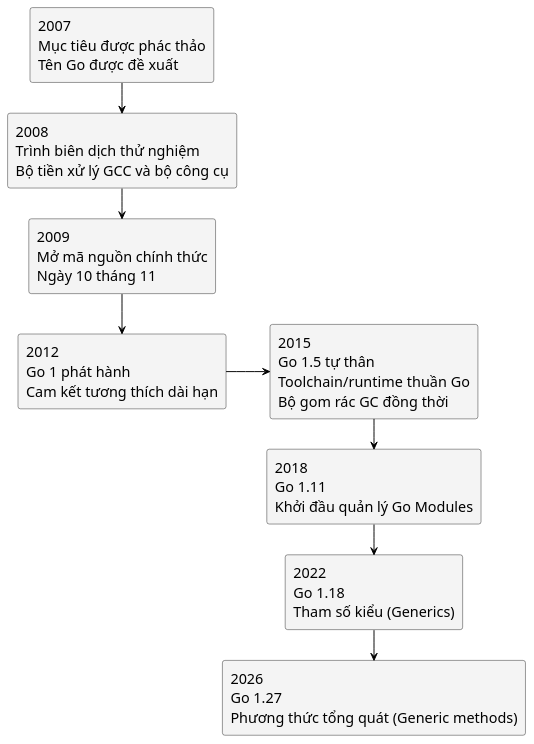
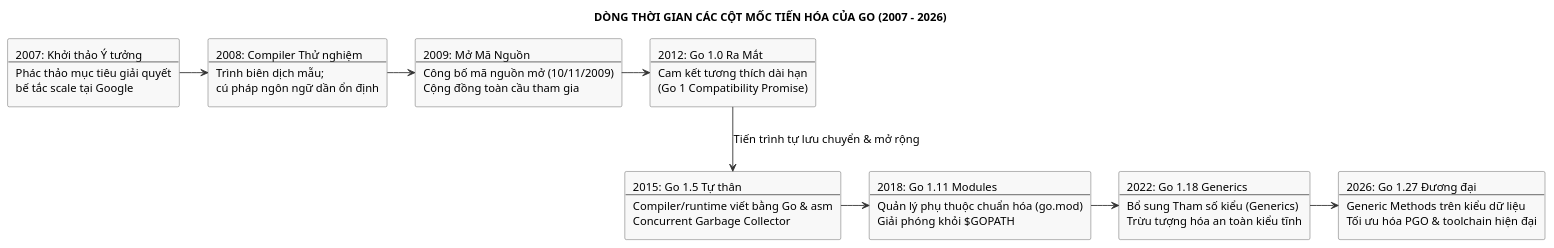
The diagram in assets/diagrams/go-history-timeline.puml (Minhlike/Golang), drawn with PlantUML before and after one commit. The commit also changed 12 other files, not shown here.

```diff
--- a/assets/diagrams/go-history-timeline.puml
+++ b/assets/diagrams/go-history-timeline.puml
@@ -1,40 +1,39 @@
 @startuml
 skinparam backgroundColor white
 skinparam shadowing false
-skinparam note {
-  BackgroundColor #F5F5F5
-  BorderColor #777777
+skinparam defaultFontName "Source Sans 3"
+skinparam defaultFontSize 14
+skinparam defaultFontColor #000000
+
+skinparam rectangle {
+  BackgroundColor #F8F8F8
+  BorderColor #444444
   FontColor #000000
+  RoundCorner 4
 }
-skinparam defaultFontName "Source Sans 3"
-skinparam defaultFontSize 18
-skinparam defaultFontColor #000000
-skinparam rectangle {
-  BackgroundColor #F4F4F4
-  BorderColor #000000
-  FontColor #000000
-  RoundCorner 6
-}
-skinparam arrowColor #000000
-skinparam ArrowThickness 1.2
-skinparam nodesep 55
-skinparam ranksep 38
-top to bottom direction
 
-rectangle "2007\nMục tiêu được phác thảo\nTên Go được đề xuất" as y2007
-rectangle "2008\nTrình biên dịch thử nghiệm\nBộ tiền xử lý GCC và bộ công cụ" as y2008
-rectangle "2009\nMở mã nguồn chính thức\nNgày 10 tháng 11" as y2009
-rectangle "2012\nGo 1 phát hành\nCam kết tương thích dài hạn" as y2012
-rectangle "2015\nGo 1.5 tự thân\nToolchain/runtime thuần Go\nBộ gom rác GC đồng thời" as y2015
-rectangle "2018\nGo 1.11\nKhởi đầu quản lý Go Modules" as y2018
-rectangle "2022\nGo 1.18\nTham số kiểu (Generics)" as y2022
-rectangle "2026\nGo 1.27\nPhương thức tổng quát (Generic methods)" as y2026
+skinparam arrowColor #333333
+skinparam ArrowThickness 1.1
 
-y2007 --> y2008
-y2008 --> y2009
-y2009 --> y2012
-y2012 -right-> y2015
-y2015 --> y2018
-y2018 --> y2022
-y2022 --> y2026
+title DÒNG THỜI GIAN CÁC CỘT MỐC TIẾN HÓA CỦA GO (2007 – 2026)
+
+rectangle "2007: Khởi thảo Ý tưởng\n---\nPhác thảo mục tiêu giải quyết\nbế tắc scale tại Google" as y2007
+rectangle "2008: Compiler Thử nghiệm\n---\nTrình biên dịch mẫu;\ncú pháp ngôn ngữ dần ổn định" as y2008
+rectangle "2009: Mở Mã Nguồn\n---\nCông bố mã nguồn mở (10/11/2009)\nCộng đồng toàn cầu tham gia" as y2009
+rectangle "2012: Go 1.0 Ra Mắt\n---\nCam kết tương thích dài hạn\n(Go 1 Compatibility Promise)" as y2012
+
+rectangle "2015: Go 1.5 Tự thân\n---\nCompiler/runtime viết bằng Go & asm\nConcurrent Garbage Collector" as y2015
+rectangle "2018: Go 1.11 Modules\n---\nQuản lý phụ thuộc chuẩn hóa (go.mod)\nGiải phóng khỏi $GOPATH" as y2018
+rectangle "2022: Go 1.18 Generics\n---\nBổ sung Tham số kiểu (Generics)\nTrừu tượng hóa an toàn kiểu tĩnh" as y2022
+rectangle "2026: Go 1.27 Đương đại\n---\nGeneric Methods trên kiểu dữ liệu\nTối ưu hóa PGO & toolchain hiện đại" as y2026
+
+y2007 -right-> y2008
+y2008 -right-> y2009
+y2009 -right-> y2012
+
+y2012 --> y2015 : Tiến trình tự lưu chuyển & mở rộng
+
+y2015 -right-> y2018
+y2018 -right-> y2022
+y2022 -right-> y2026
 @enduml
```
